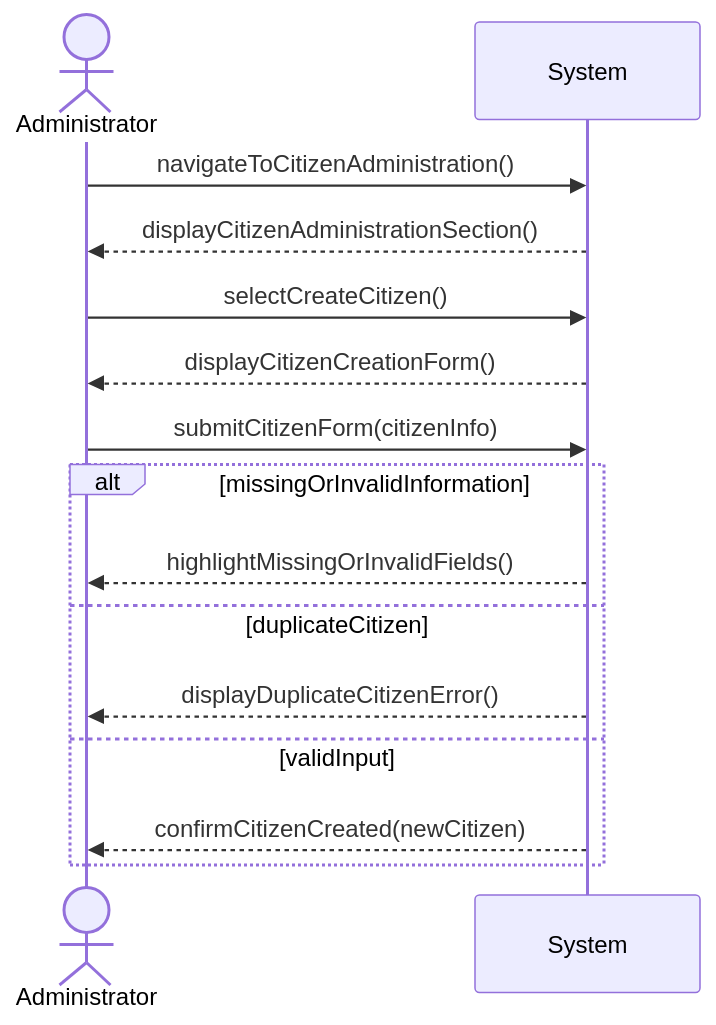
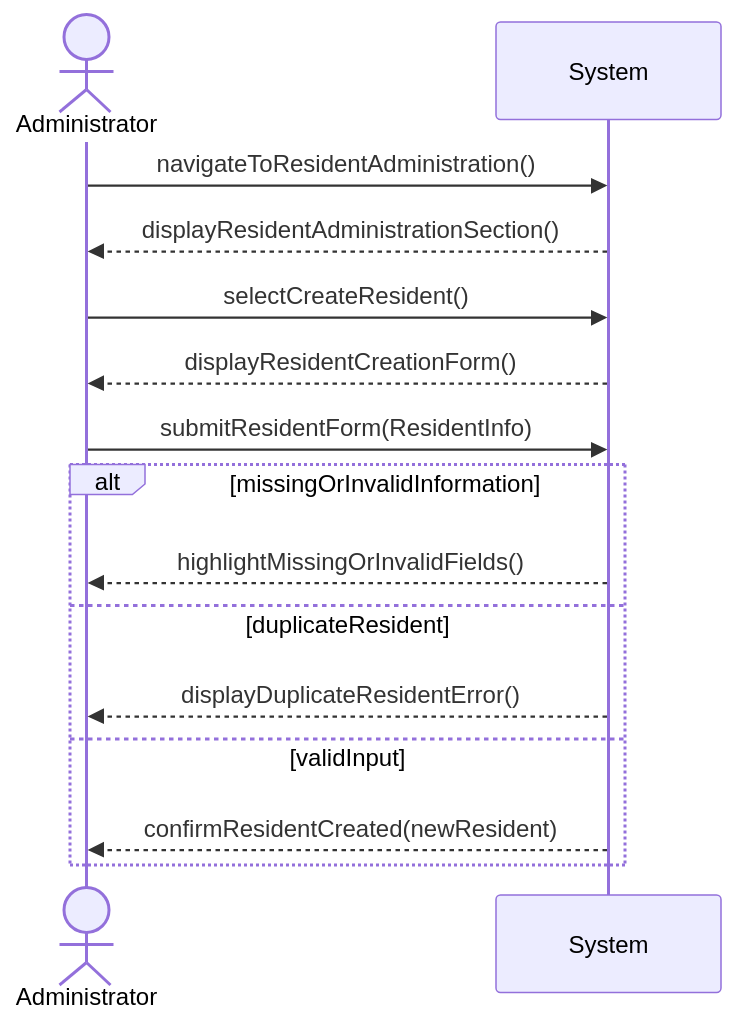
Before and after one commit to DMOoF25-Team6/Slottets-Drifttavlen: the diagram in docs/use-cases/uc-014-citizen-administration/uc-014.ssd.md, drawn with Mermaid. The commit also changed 10 other files, not shown here.

````diff
--- a/docs/use-cases/uc-014-citizen-administration/uc-014.ssd.md
+++ b/docs/use-cases/uc-014-citizen-administration/uc-014.ssd.md
@@ -14,17 +14,17 @@
 ```mermaid
 sequenceDiagram
     actor Administrator
     participant System
-    Administrator ->> System: navigateToCitizenAdministration()
-    System -->> Administrator: displayCitizenAdministrationSection()
-    Administrator ->> System: selectCreateCitizen()
-    System -->> Administrator: displayCitizenCreationForm()
-    Administrator ->> System: submitCitizenForm(citizenInfo)
+    Administrator ->> System: navigateToResidentAdministration()
+    System -->> Administrator: displayResidentAdministrationSection()
+    Administrator ->> System: selectCreateResident()
+    System -->> Administrator: displayResidentCreationForm()
+    Administrator ->> System: submitResidentForm(ResidentInfo)
     alt missingOrInvalidInformation
         System -->> Administrator: highlightMissingOrInvalidFields()
-    else duplicateCitizen
-        System -->> Administrator: displayDuplicateCitizenError()
+    else duplicateResident
+        System -->> Administrator: displayDuplicateResidentError()
     else validInput
-        System -->> Administrator: confirmCitizenCreated(newCitizen)
+        System -->> Administrator: confirmResidentCreated(newResident)
     end
 ```
````
